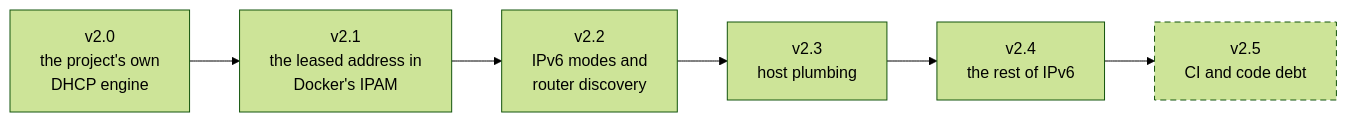
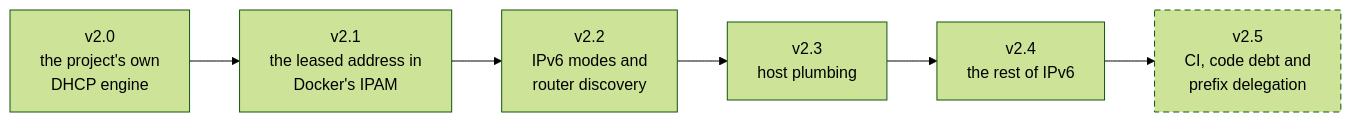
Before and after one commit to claymore666/docker-net-dhcp: the diagram in docs/roadmap.md, drawn with Mermaid (forest theme). The commit also changed other lines of this file and 4 other files, not shown here.

Commit message:
release: v2.4.0 prefix delegation is a v2.5.0 item and the NTP list shipped, notes heading set, notes tightened (#214, #859, #1202)

````diff
--- a/docs/roadmap.md
+++ b/docs/roadmap.md
@@ -119,12 +118,12 @@
 ```mermaid
 flowchart LR
     v20["v2.0<br/>the project's own<br/>DHCP engine"]
     v21["v2.1<br/>the leased address in<br/>Docker's IPAM"]
     v22["v2.2<br/>IPv6 modes and<br/>router discovery"]
     v23["v2.3<br/>host plumbing"]
     v24["v2.4<br/>the rest of IPv6"]
-    v25["v2.5<br/>CI and code debt"]
+    v25["v2.5<br/>CI, code debt and<br/>prefix delegation"]
     v20 --> v21 --> v22 --> v23 --> v24 --> v25
     classDef planned stroke-dasharray: 6 4
     class v25 planned
 ```
````
